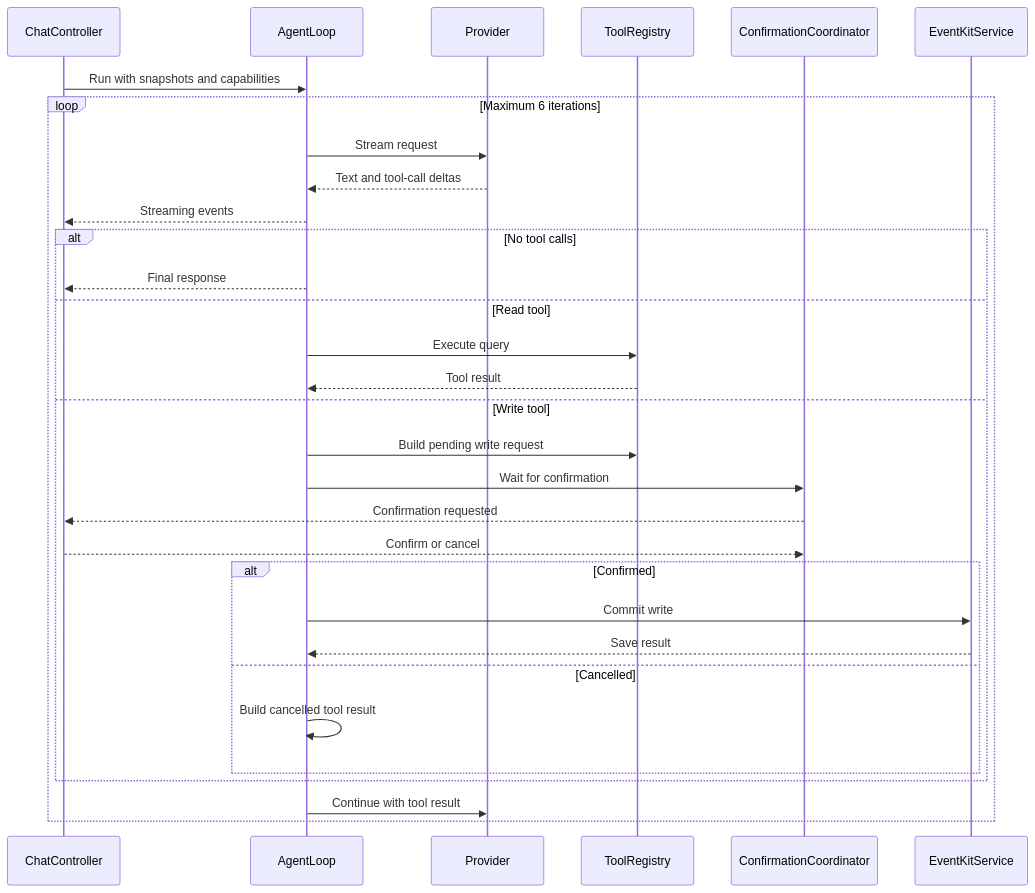
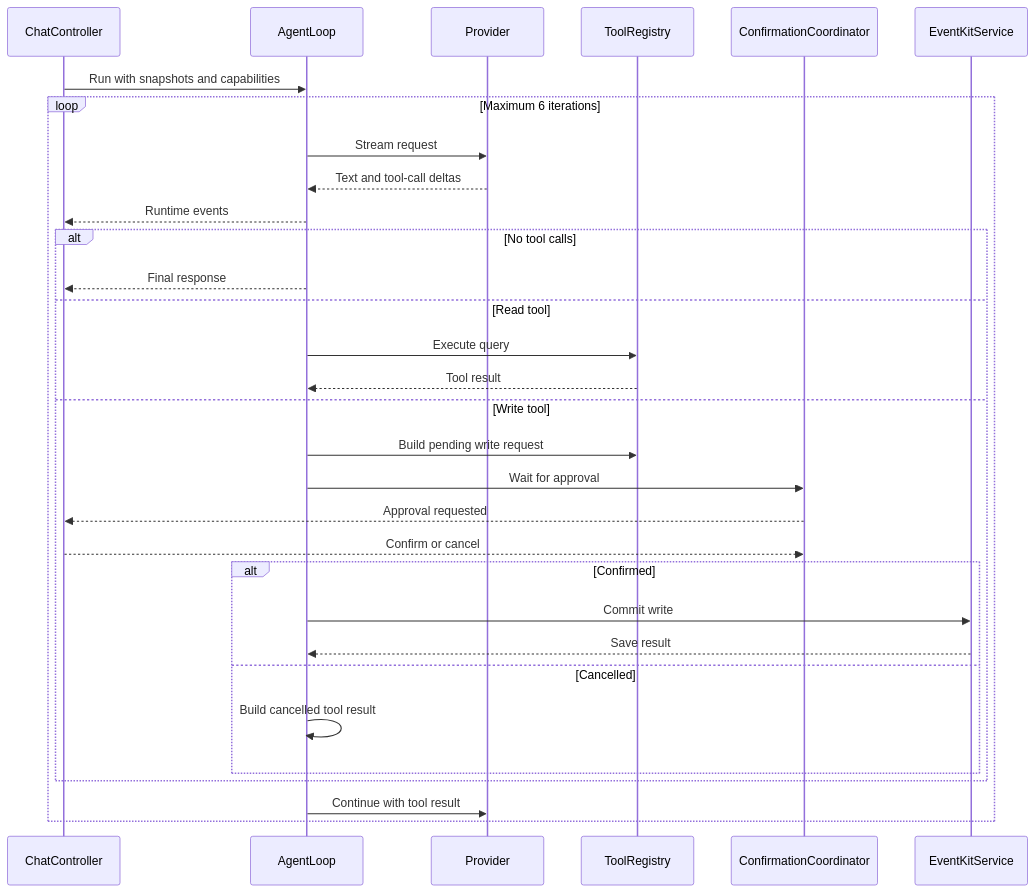
The second of 3 diagrams in Docs/04-agent-provider-and-content-pipeline.md (IsaacHuo/Familiar), drawn with Mermaid before and after one commit. The commit also changed other lines of this file and 9 other files, not shown here.

First line of the commit message:
docs: adopt iPhone-native Agent Runtime architecture

````diff
--- a/Docs/04-agent-provider-and-content-pipeline.md
+++ b/Docs/04-agent-provider-and-content-pipeline.md
@@ -203,34 +219,34 @@
 ```mermaid
 sequenceDiagram
     participant C as ChatController
     participant A as AgentLoop
     participant P as Provider
     participant R as ToolRegistry
     participant K as ConfirmationCoordinator
     participant E as EventKitService
 
     C->>A: Run with snapshots and capabilities
     loop Maximum 6 iterations
         A->>P: Stream request
         P-->>A: Text and tool-call deltas
-        A-->>C: Streaming events
+        A-->>C: Runtime events
         alt No tool calls
             A-->>C: Final response
         else Read tool
             A->>R: Execute query
             R-->>A: Tool result
         else Write tool
             A->>R: Build pending write request
-            A->>K: Wait for confirmation
-            K-->>C: Confirmation requested
+            A->>K: Wait for approval
+            K-->>C: Approval requested
             C-->>K: Confirm or cancel
             alt Confirmed
                 A->>E: Commit write
                 E-->>A: Save result
             else Cancelled
                 A->>A: Build cancelled tool result
             end
         end
         A->>P: Continue with tool result
     end
 ```
````
